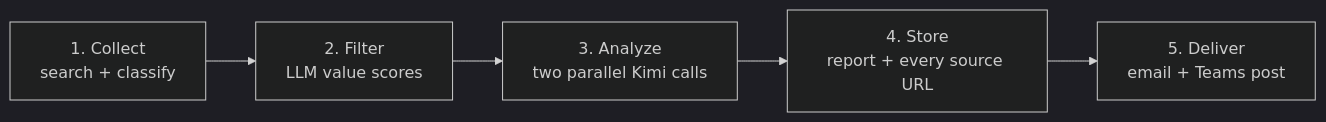
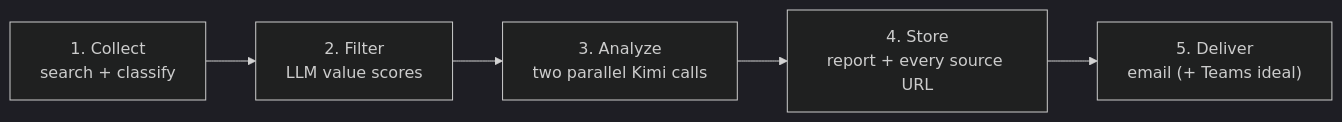
One commit to craigdeng-cpu/interac-sentiment-bot changed the second of 4 diagrams in ARCHITECTURE_FLOW.md. Above: the diagram before and after it, drawn with Mermaid (dark theme). The commit also changed other lines of this file, not shown here.

First line of the commit message:
Add MVP vs ideal state section to architecture doc.

````diff
--- a/ARCHITECTURE_FLOW.md
+++ b/ARCHITECTURE_FLOW.md
@@ -175,7 +220,7 @@
 ```mermaid
 flowchart LR
     A["1. Collect<br/>search + classify"] --> B["2. Filter<br/>LLM value scores"]
     B --> C["3. Analyze<br/>two parallel Kimi calls"]
     C --> D["4. Store<br/>report + every source URL"]
-    D --> E["5. Deliver<br/>email + Teams post"]
+    D --> E["5. Deliver<br/>email (+ Teams ideal)"]
 ```
````
